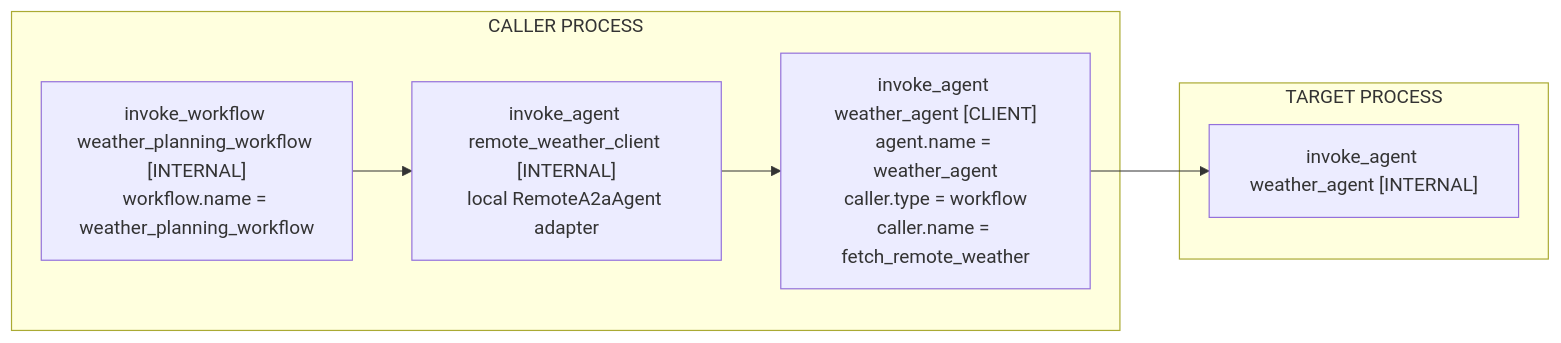
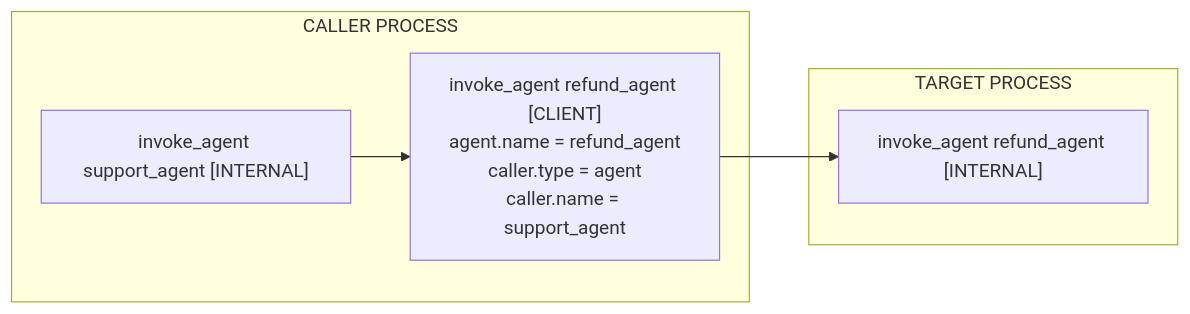
The second of 2 diagrams in docs/gen-ai/non-normative/examples-agent-interactions.md (nikhilNava/semantic-conventions-genai), drawn with Mermaid before and after one commit. The commit also changed other lines of this file, not shown here.

Commit message:
Simplify remote agent interaction example

````diff
--- a/docs/gen-ai/non-normative/examples-agent-interactions.md
+++ b/docs/gen-ai/non-normative/examples-agent-interactions.md
@@ -93,14 +95,12 @@
 ```mermaid
 flowchart LR
   subgraph C["CALLER PROCESS"]
-    C1["invoke_workflow weather_planning_workflow [INTERNAL]<br/>workflow.name = weather_planning_workflow"]
-    C2["invoke_agent remote_weather_client [INTERNAL]<br/>local RemoteA2aAgent adapter"]
-    C3["invoke_agent weather_agent [CLIENT]<br/>agent.name = weather_agent<br/>caller.type = workflow<br/>caller.name = fetch_remote_weather"]
+    C1["invoke_agent support_agent [INTERNAL]"]
+    C2["invoke_agent refund_agent [CLIENT]<br/>agent.name = refund_agent<br/>caller.type = agent<br/>caller.name = support_agent"]
     C1 --> C2
-    C2 --> C3
   end
   subgraph T["TARGET PROCESS"]
-    T1["invoke_agent weather_agent [INTERNAL]"]
+    T1["invoke_agent refund_agent [INTERNAL]"]
   end
-  C3 --> T1
+  C2 --> T1
 ```
````
